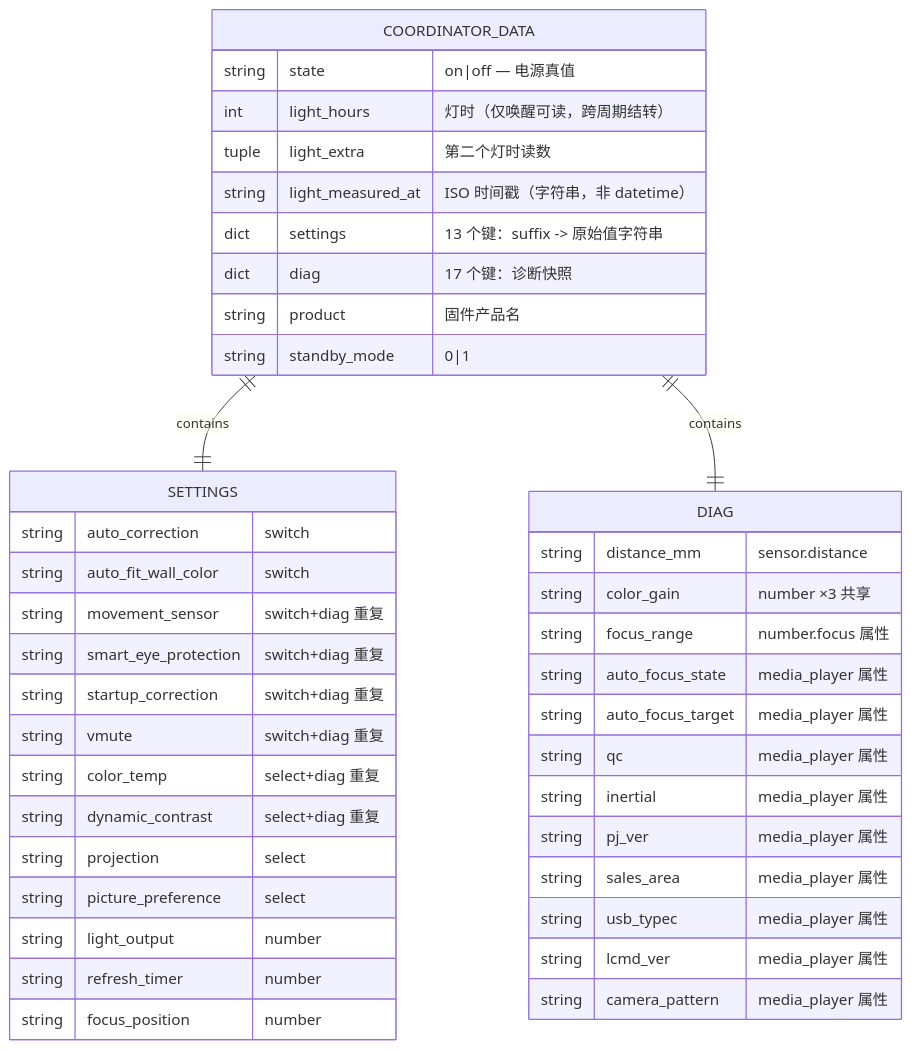
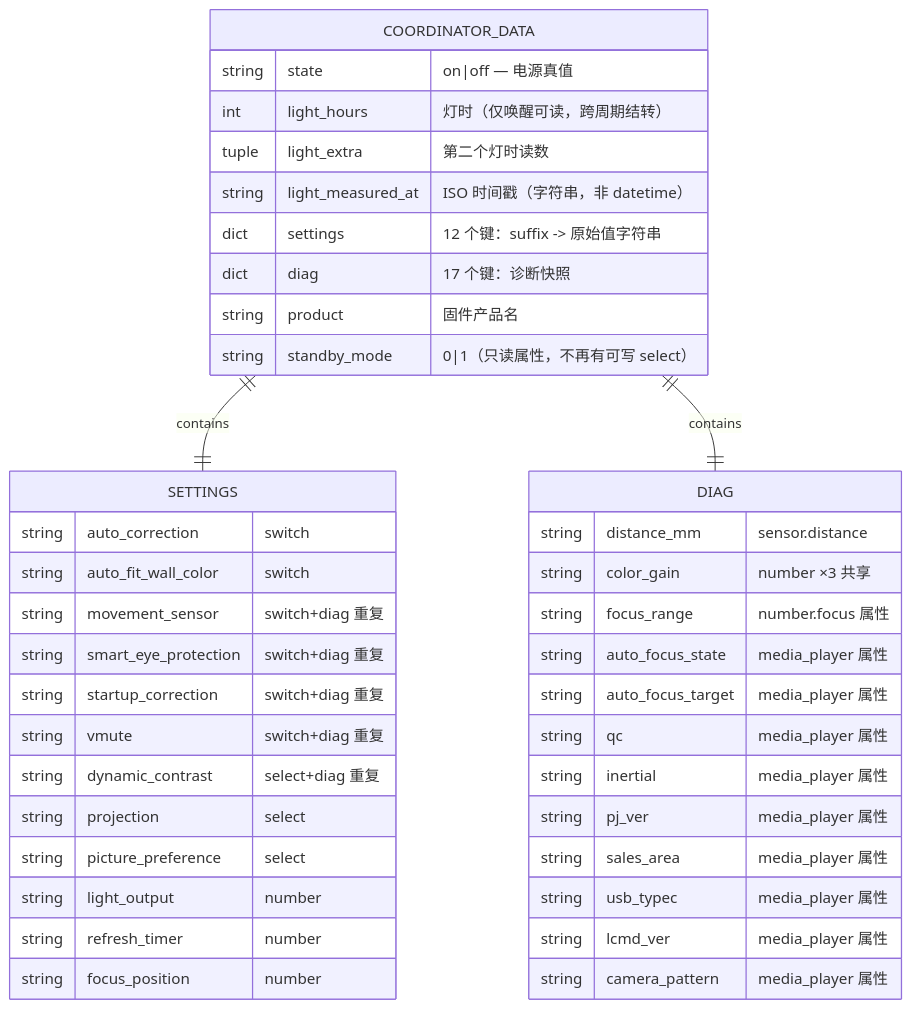
Before and after one commit to aixmoyu/ha-epson-ef-projector: the fifth of 6 diagrams in docs/architecture/subsystems/entity-platforms/module_design.md, drawn with Mermaid. The commit also changed other lines of this file and 78 other files, not shown here.

````diff
--- a/docs/architecture/subsystems/entity-platforms/module_design.md
+++ b/docs/architecture/subsystems/entity-platforms/module_design.md
@@ -372,44 +370,43 @@
 ```mermaid
 erDiagram
     COORDINATOR_DATA {
         string state "on|off — 电源真值"
         int light_hours "灯时（仅唤醒可读，跨周期结转）"
         tuple light_extra "第二个灯时读数"
         string light_measured_at "ISO 时间戳（字符串，非 datetime）"
-        dict settings "13 个键：suffix -> 原始值字符串"
+        dict settings "12 个键：suffix -> 原始值字符串"
         dict diag "17 个键：诊断快照"
         string product "固件产品名"
-        string standby_mode "0|1"
+        string standby_mode "0|1（只读属性，不再有可写 select）"
     }
     SETTINGS {
         string auto_correction "switch"
         string auto_fit_wall_color "switch"
         string movement_sensor "switch+diag 重复"
         string smart_eye_protection "switch+diag 重复"
         string startup_correction "switch+diag 重复"
         string vmute "switch+diag 重复"
-        string color_temp "select+diag 重复"
         string dynamic_contrast "select+diag 重复"
         string projection "select"
         string picture_preference "select"
         string light_output "number"
         string refresh_timer "number"
         string focus_position "number"
     }
     DIAG {
         string distance_mm "sensor.distance"
         string color_gain "number ×3 共享"
         string focus_range "number.focus 属性"
         string auto_focus_state "media_player 属性"
         string auto_focus_target "media_player 属性"
         string qc "media_player 属性"
         string inertial "media_player 属性"
         string pj_ver "media_player 属性"
         string sales_area "media_player 属性"
         string usb_typec "media_player 属性"
         string lcmd_ver "media_player 属性"
         string camera_pattern "media_player 属性"
     }
     COORDINATOR_DATA ||--|| SETTINGS : contains
     COORDINATOR_DATA ||--|| DIAG : contains
 ```
````
